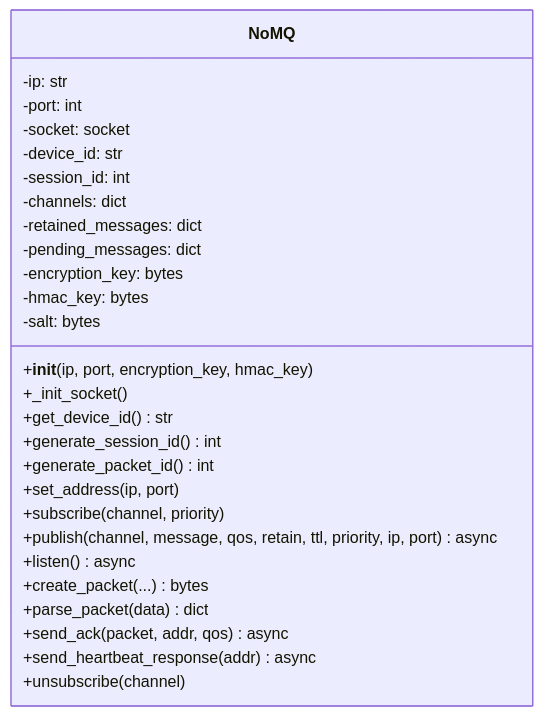
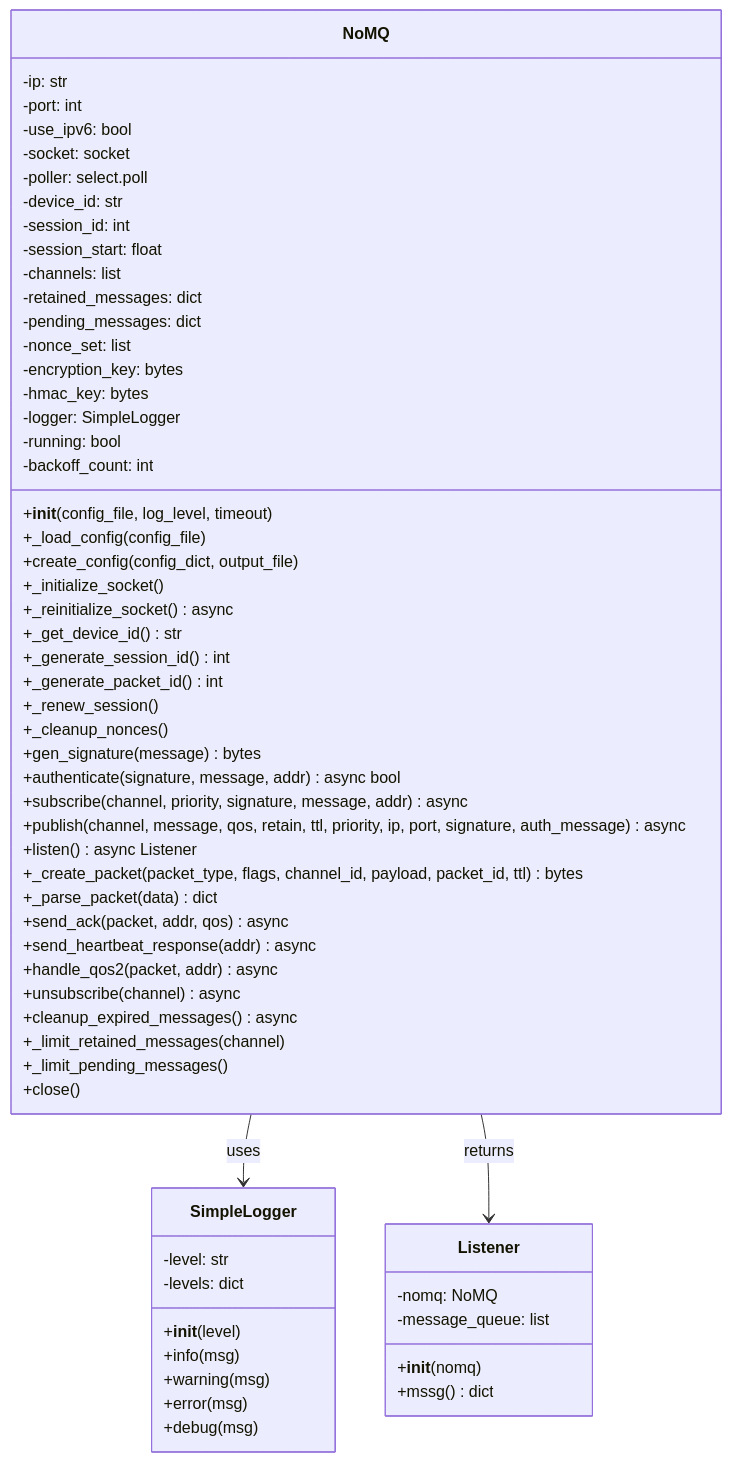
Before and after one commit to armanghobadi/nomq: the diagram in README.md, drawn with Mermaid. The commit also changed other lines of this file, not shown here.

````diff
--- a/README.md
+++ b/README.md
@@ -373,30 +344,64 @@
 ```mermaid
 classDiagram
     class NoMQ {
         -ip: str
         -port: int
+        -use_ipv6: bool
         -socket: socket
+        -poller: select.poll
         -device_id: str
         -session_id: int
-        -channels: dict
+        -session_start: float
+        -channels: list
         -retained_messages: dict
         -pending_messages: dict
+        -nonce_set: list
         -encryption_key: bytes
         -hmac_key: bytes
-        -salt: bytes
-        +__init__(ip, port, encryption_key, hmac_key)
-        +_init_socket()
-        +get_device_id() str
-        +generate_session_id() int
-        +generate_packet_id() int
-        +set_address(ip, port)
-        +subscribe(channel, priority)
-        +publish(channel, message, qos, retain, ttl, priority, ip, port) async
-        +listen() async
-        +create_packet(...) bytes
-        +parse_packet(data) dict
+        -logger: SimpleLogger
+        -running: bool
+        -backoff_count: int
+        +__init__(config_file, log_level, timeout)
+        +_load_config(config_file)
+        +create_config(config_dict, output_file)
+        +_initialize_socket()
+        +_reinitialize_socket() async
+        +_get_device_id() str
+        +_generate_session_id() int
+        +_generate_packet_id() int
+        +_renew_session()
+        +_cleanup_nonces()
+        +gen_signature(message) bytes
+        +authenticate(signature, message, addr) async bool
+        +subscribe(channel, priority, signature, message, addr) async
+        +publish(channel, message, qos, retain, ttl, priority, ip, port, signature, auth_message) async
+        +listen() async Listener
+        +_create_packet(packet_type, flags, channel_id, payload, packet_id, ttl) bytes
+        +_parse_packet(data) dict
         +send_ack(packet, addr, qos) async
         +send_heartbeat_response(addr) async
-        +unsubscribe(channel)
+        +handle_qos2(packet, addr) async
+        +unsubscribe(channel) async
+        +cleanup_expired_messages() async
+        +_limit_retained_messages(channel)
+        +_limit_pending_messages()
+        +close()
     }
+    class SimpleLogger {
+        -level: str
+        -levels: dict
+        +__init__(level)
+        +info(msg)
+        +warning(msg)
+        +error(msg)
+        +debug(msg)
+    }
+    class Listener {
+        -nomq: NoMQ
+        -message_queue: list
+        +__init__(nomq)
+        +mssg() dict
+    }
+    NoMQ --> SimpleLogger : uses
+    NoMQ --> Listener : returns
 ```
````
